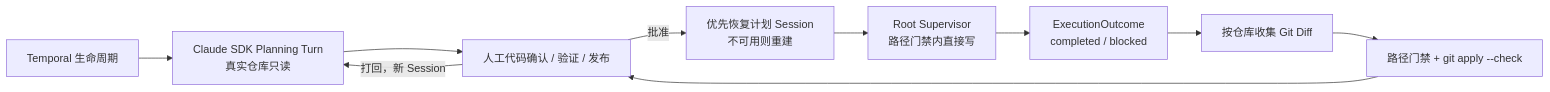
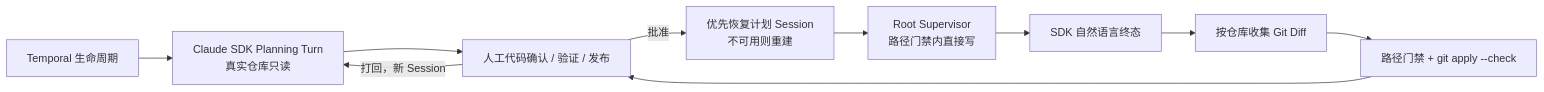
The second of 4 diagrams in docs/architecture.md (IsNoOneHere/asterism), drawn with Mermaid before and after one commit. The commit also changed other lines of this file and 54 other files, not shown here.

````diff
--- a/docs/architecture.md
+++ b/docs/architecture.md
@@ -47,12 +47,12 @@
 ```mermaid
 flowchart LR
     T["Temporal 生命周期"] --> P["Claude SDK Planning Turn\n真实仓库只读"]
     P --> H["人工批准 / 带意见打回"]
     H -->|"批准"| S["优先恢复计划 Session\n不可用则重建"]
     H -->|"打回，新 Session"| P
     S --> A["Root Supervisor\n路径门禁内直接写"]
-    A --> O["ExecutionOutcome\ncompleted / blocked"]
+    A --> O["SDK 自然语言终态"]
     O --> D["按仓库收集 Git Diff"]
     D --> G["路径门禁 + git apply --check"]
     G --> H["人工代码确认 / 验证 / 发布"]
 ```
````
